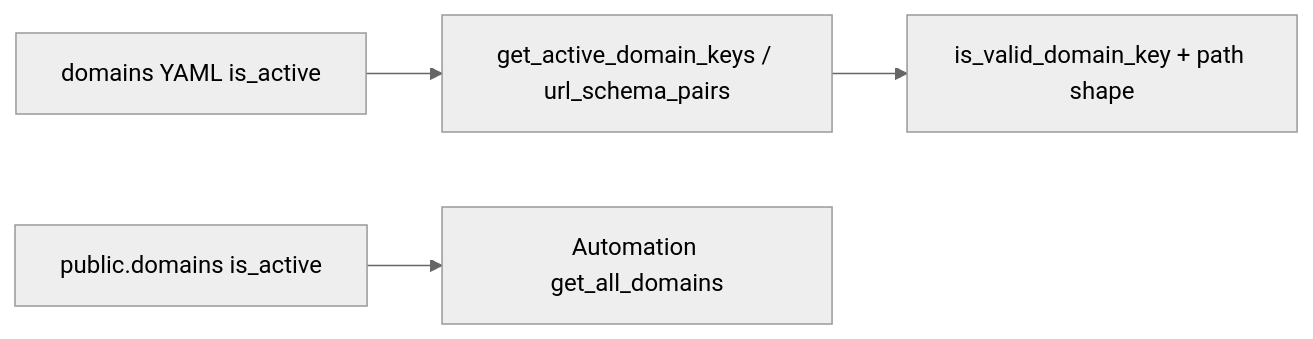
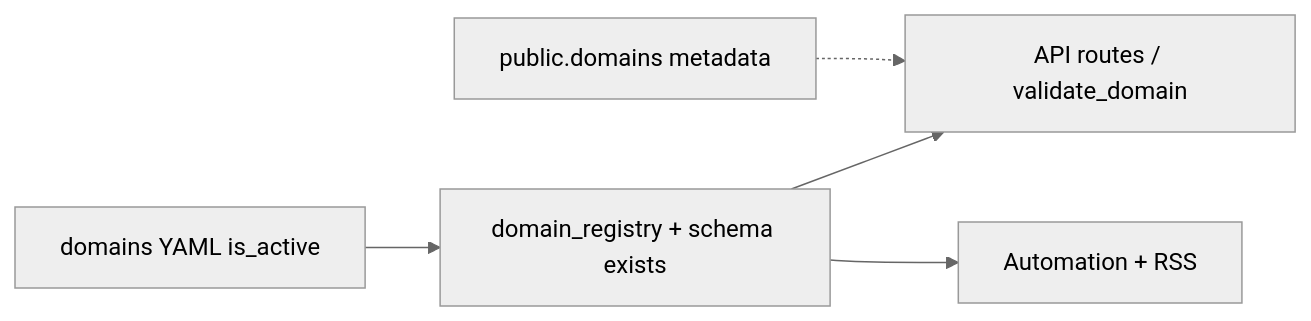
The diagram in docs/DOMAIN_EXTENSION_TEMPLATE.md (rizen94/News-Intelligence-Public), drawn with Mermaid (neutral theme) before and after one commit. The commit also changed other lines of this file and 44 other files, not shown here.

First line of the commit message:
Domain silo verification, registry alignment, LLM/RSS pipeline, and storyline discovery

````diff
--- a/docs/DOMAIN_EXTENSION_TEMPLATE.md
+++ b/docs/DOMAIN_EXTENSION_TEMPLATE.md
@@ -38,11 +36,12 @@
 ```mermaid
 flowchart LR
   yaml[domains YAML is_active]
-  registry[get_active_domain_keys / url_schema_pairs]
-  db[public.domains is_active]
-  api[is_valid_domain_key + path shape]
-  auto[Automation get_all_domains]
+  registry[domain_registry + schema exists]
+  db[public.domains metadata]
+  api[API routes / validate_domain]
+  auto[Automation + RSS]
   yaml --> registry
   registry --> api
-  db --> auto
+  registry --> auto
+  db -.-> api
 ```
````
